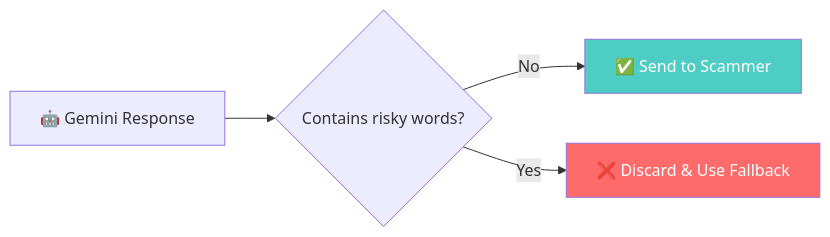
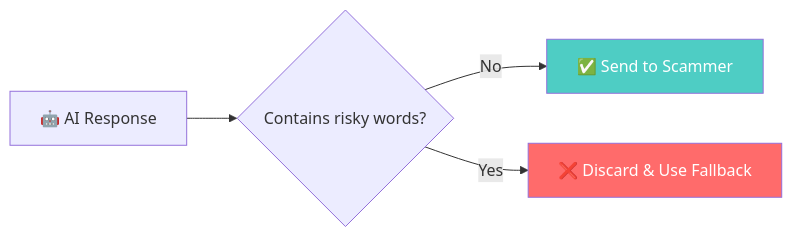
One commit to kvpradeep279/Agentic-Honey-Pot-for-Scam-Detection-Intelligence-Extraction changed the sixth of 6 diagrams in README.md. Above: the diagram before and after it, drawn with Mermaid. The commit also changed other lines of this file and 2 other files, not shown here.

````diff
--- a/README.md
+++ b/README.md
@@ -660,9 +700,9 @@
 ```mermaid
 flowchart LR
-    A[🤖 Gemini Response] --> B{Contains risky words?}
+    A[🤖 AI Response] --> B{Contains risky words?}
     B -->|No| C[✅ Send to Scammer]
     B -->|Yes| D[❌ Discard & Use Fallback]
     
     style C fill:#4ecdc4,color:#fff
     style D fill:#ff6b6b,color:#fff
 ```
````
